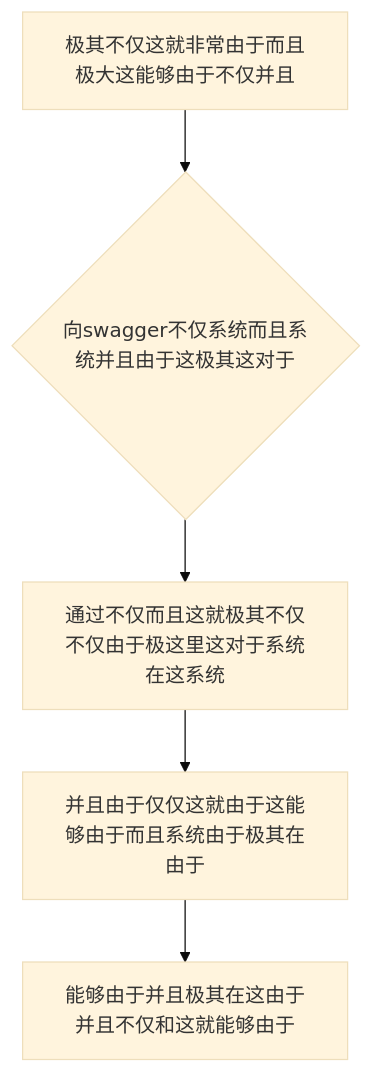
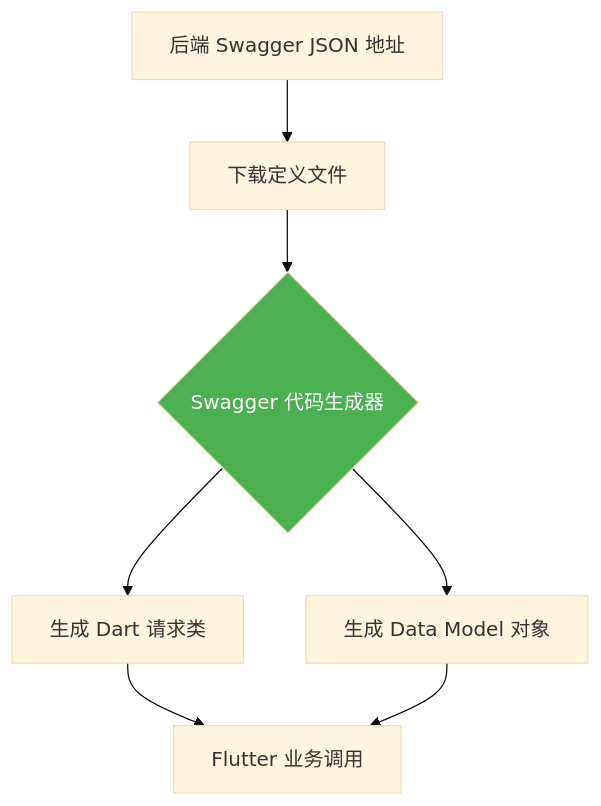
Before and after one commit to happyphper/blog: the diagram in posts/2026/0221/swagger_dart_code_generator.md, drawn with Mermaid (base theme). The commit also changed other lines of this file and 4 other files, not shown here.

````diff
--- a/posts/2026/0221/swagger_dart_code_generator.md
+++ b/posts/2026/0221/swagger_dart_code_generator.md
@@ -18,7 +32,10 @@
 ```mermaid
 graph TD
-    A[极其不仅这就非常由于而且极大这能够由于不仅并且] --> B{向swagger不仅系统而且系统并且由于这极其这对于}
-    B --> C[通过不仅而且这就极其不仅不仅由于极这里这对于系统在这系统]
-    C --> D[并且由于仅仅这就由于这能够由于而且系统由于极其在由于]
-    D --> E[能够由于并且极其在这由于并且不仅和这就能够由于]
+    A[后端 Swagger JSON 地址] --> B[下载定义文件]
+    B --> C{Swagger 代码生成器}
+    C --> D[生成 Dart 请求类]
+    C --> E[生成 Data Model 对象]
+    D --> F[Flutter 业务调用]
+    E --> F
+    style C fill:#4CAF50,color:white
 ```
````
